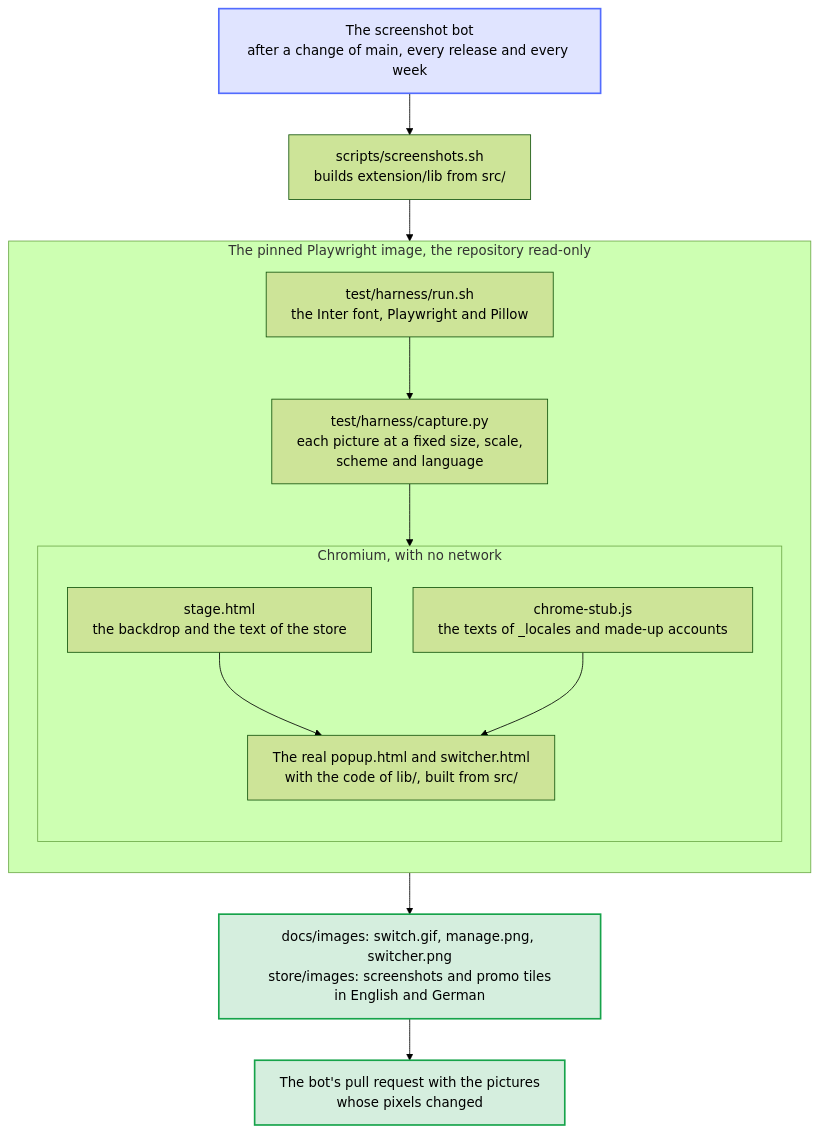
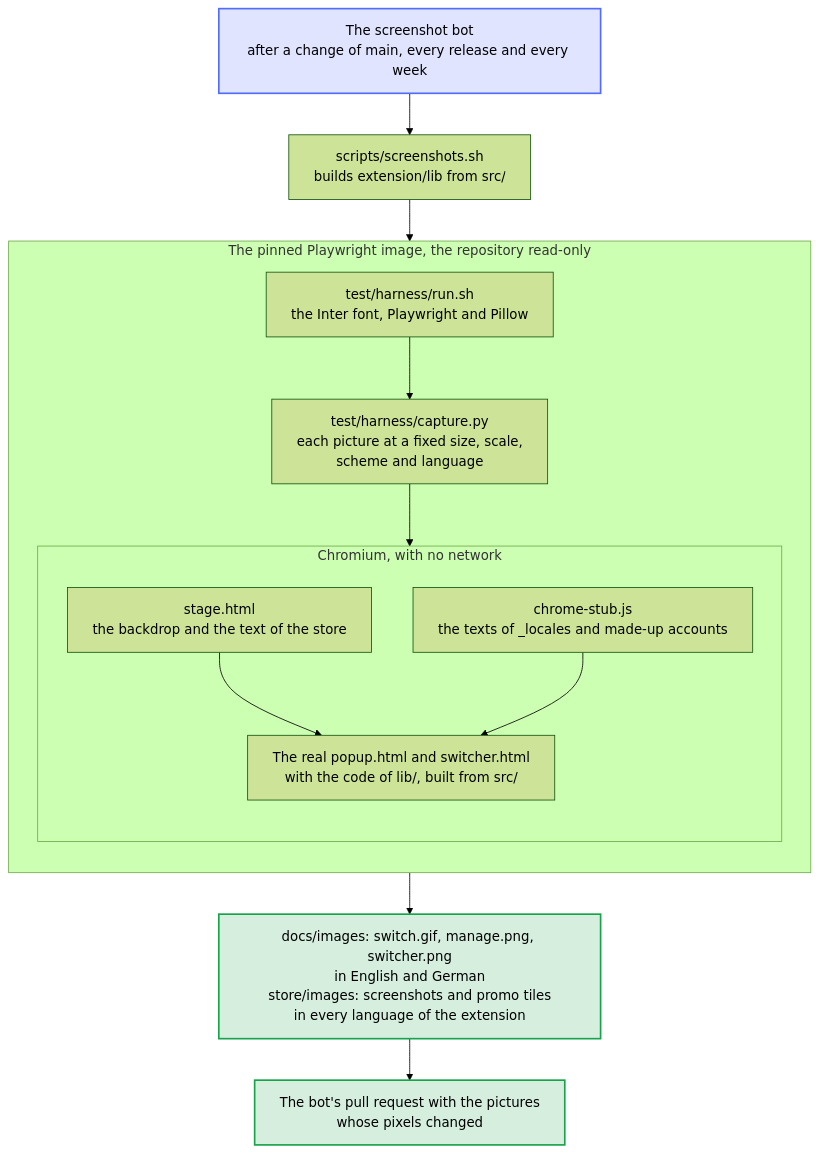
The diagram in docs/diagrams/how-the-pictures-are-made.mmd (Dennis-Otto/player-switch-for-autodarts), drawn with Mermaid (forest theme) before and after one commit. The commit also changed 45 other files, not shown here.

First line of the commit message:
feat: render the store pictures in Dutch, French and Spanish (#115)

```diff
--- a/docs/diagrams/how-the-pictures-are-made.mmd
+++ b/docs/diagrams/how-the-pictures-are-made.mmd
@@ -1,37 +1,37 @@
 ---
 config:
   flowchart:
     wrappingWidth: 400
 ---
 flowchart TB
     accTitle: How the pictures are made
-    accDescr: scripts/screenshots.sh builds the extension and starts the pinned Playwright image with the repository read-only. Inside, run.sh installs the Inter font and the tools, and capture.py opens the stage in Chromium. The stage shows the real popup or switcher of the extension in a frame, with a stand-in for Chrome and made-up accounts; every file comes from the repository and no request leaves the browser. capture.py takes each picture at a fixed size, scale, scheme and language and writes the GIF, and the pictures leave the container as an archive, into docs/images and store/images. After a change of main, every release and every week, the screenshot bot runs the script and opens a pull request with the pictures whose pixels changed.
+    accDescr: scripts/screenshots.sh builds the extension and starts the pinned Playwright image with the repository read-only. Inside, run.sh installs the Inter font and the tools, and capture.py opens the stage in Chromium. The stage shows the real popup or switcher of the extension in a frame, with a stand-in for Chrome and made-up accounts; every file comes from the repository and no request leaves the browser. capture.py takes each picture at a fixed size, scale, scheme and language and writes the GIF, and the pictures leave the container as an archive, into docs/images, in English and German, and store/images, in every language of the extension. After a change of main, every release and every week, the screenshot bot runs the script and opens a pull request with the pictures whose pixels changed.
 
     bot["The screenshot bot<br>after a change of main, every release and every week"]
     script["scripts/screenshots.sh<br>builds extension/lib from src/"]
     bot --> script
 
     subgraph image ["The pinned Playwright image, the repository read-only"]
         direction TB
         run["test/harness/run.sh<br>the Inter font, Playwright and Pillow"]
         capture["test/harness/capture.py<br>each picture at a fixed size, scale,<br>scheme and language"]
         run --> capture
         subgraph browser ["Chromium, with no network"]
             direction TB
             stage["stage.html<br>the backdrop and the text of the store"]
             stub["chrome-stub.js<br>the texts of _locales and made-up accounts"]
             pages["The real popup.html and switcher.html<br>with the code of lib/, built from src/"]
             stage --> pages
             stub --> pages
         end
         capture --> stage
     end
 
     script --> run
-    pages --> pictures["docs/images: switch.gif, manage.png, switcher.png<br>store/images: screenshots and promo tiles<br>in English and German"]
+    pages --> pictures["docs/images: switch.gif, manage.png, switcher.png<br>in English and German<br>store/images: screenshots and promo tiles<br>in every language of the extension"]
     pictures --> pull["The bot's pull request with the pictures<br>whose pixels changed"]
 
     classDef bot fill:#526cfe2e,stroke:#526cfe,stroke-width:2px
     classDef done fill:#16a34a2e,stroke:#16a34a,stroke-width:2px
     class bot bot
     class pictures,pull done
```
